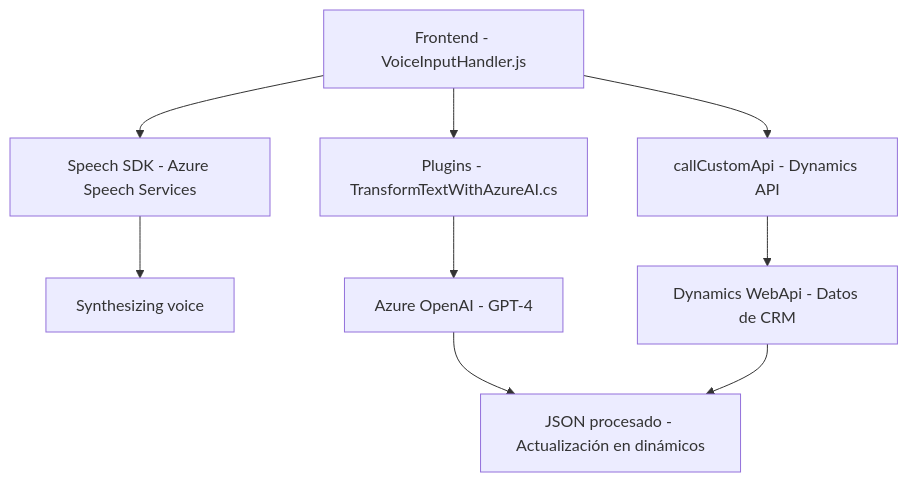
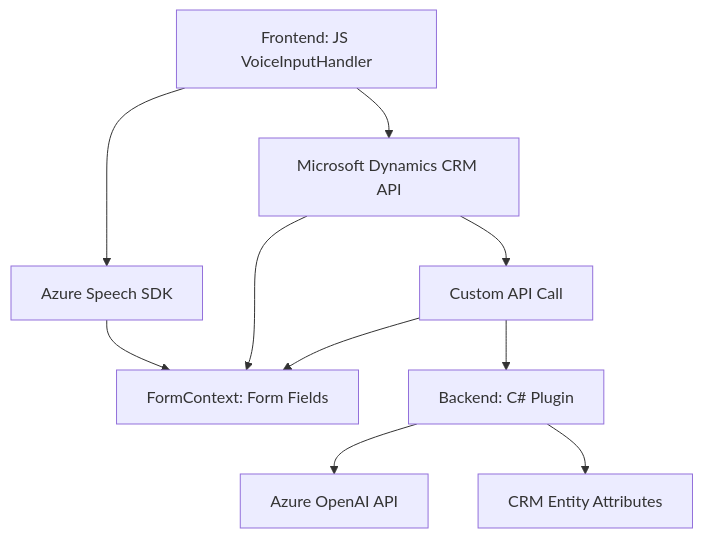
Before and after one commit to blopezdm/NETCORE_BILBAO2025: the diagram in README.md, drawn with Mermaid. The commit also changed other lines of this file, not shown here.

````diff
--- a/README.md
+++ b/README.md
@@ -56,11 +52,12 @@
 ```mermaid
 graph TD
-    A["Frontend - VoiceInputHandler.js"] --> B["Speech SDK - Azure Speech Services"]
-    A --> C["callCustomApi - Dynamics API"]
-    B --> E["Synthesizing voice"]
-    A --> D["Plugins - TransformTextWithAzureAI.cs"]
-    D --> F["Azure OpenAI - GPT-4"]
-    C --> G["Dynamics WebApi - Datos de CRM"]
-    F --> H["JSON procesado - Actualización en dinámicos"]
-    G --> H
+    A["Frontend: JS VoiceInputHandler"] --> B["Azure Speech SDK"]
+    A --> C["Microsoft Dynamics CRM API"]
+    C --> D["FormContext: Form Fields"]
+    C --> E["Custom API Call"]
+    B --> D
+    E --> D
+    E --> F["Backend: C# Plugin"]
+    F --> G["Azure OpenAI API"]
+    F --> H["CRM Entity Attributes"]
 ```
````
